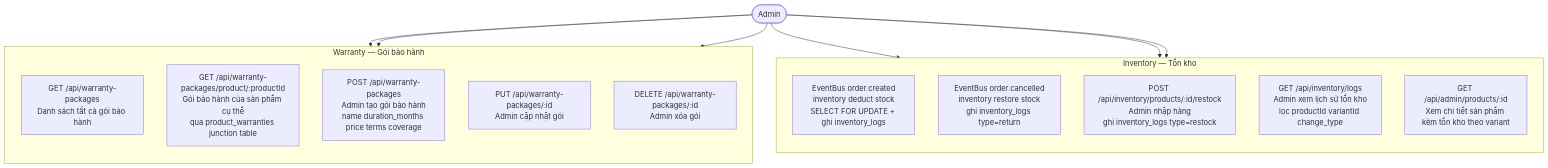
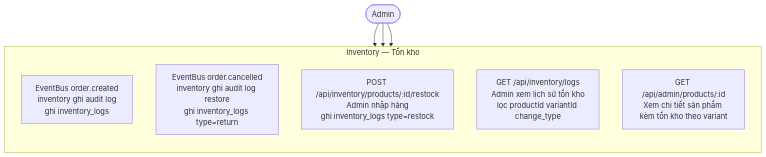
Before and after one commit to MinhThang1009/E-commerce-website: the seventh of 28 diagrams in DIAGRAMS.md, drawn with Mermaid. The commit also changed other lines of this file and 45 other files, not shown here.

First line of the commit message:
docs: cập nhật toàn bộ CLAUDE.md sau khi xóa loyalty/warranty/banner/news

````diff
--- a/DIAGRAMS.md
+++ b/DIAGRAMS.md
@@ -303,29 +293,17 @@
 ```mermaid
 flowchart TB
     Admin(["Admin"])
 
     subgraph INVENTORY["Inventory — Tồn kho"]
         direction TB
-        I1["EventBus order.created\ninventory deduct stock\nSELECT FOR UPDATE + ghi inventory_logs"]
-        I2["EventBus order.cancelled\ninventory restore stock\nghi inventory_logs type=return"]
+        I1["EventBus order.created\ninventory ghi audit log\nghi inventory_logs"]
+        I2["EventBus order.cancelled\ninventory ghi audit log restore\nghi inventory_logs type=return"]
         I3["POST /api/inventory/products/:id/restock\nAdmin nhập hàng\nghi inventory_logs type=restock"]
         I4["GET /api/inventory/logs\nAdmin xem lịch sử tồn kho\nlọc productId variantId change_type"]
         I5["GET /api/admin/products/:id\nXem chi tiết sản phẩm kèm tồn kho theo variant"]
     end
 
-    subgraph WARRANTY["Warranty — Gói bảo hành"]
-        direction TB
-        W1["GET /api/warranty-packages\nDanh sách tất cả gói bảo hành"]
-        W2["GET /api/warranty-packages/product/:productId\nGói bảo hành của sản phẩm cụ thể\nqua product_warranties junction table"]
-        W3["POST /api/warranty-packages\nAdmin tạo gói bảo hành\nname duration_months price terms coverage"]
-        W4["PUT /api/warranty-packages/:id\nAdmin cập nhật gói"]
-        W5["DELETE /api/warranty-packages/:id\nAdmin xóa gói"]
-    end
-
     Admin --> I3
     Admin --> I4
     Admin --> I5
-    Admin --> W3
-    Admin --> W4
-    Admin --> W5
 ```
````
